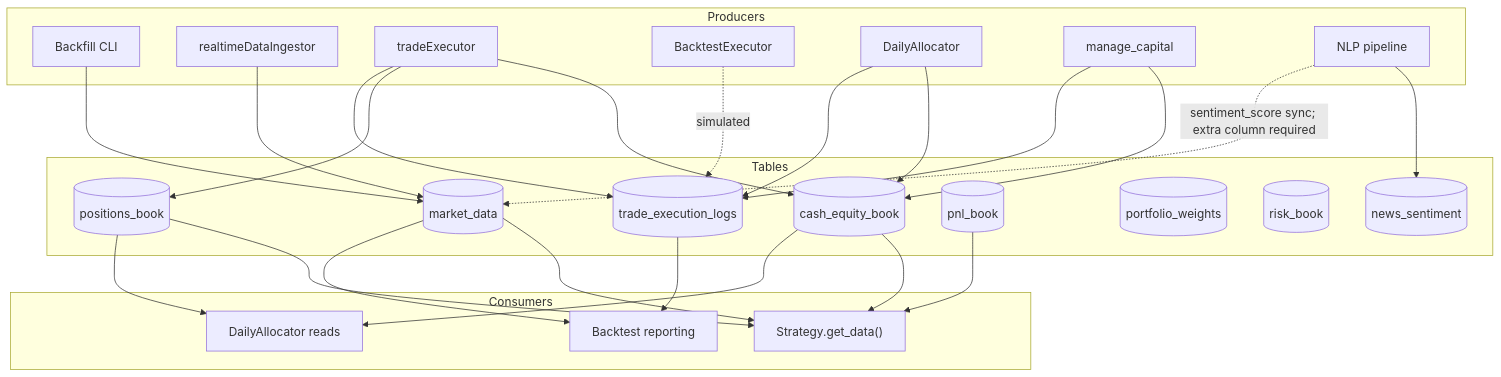
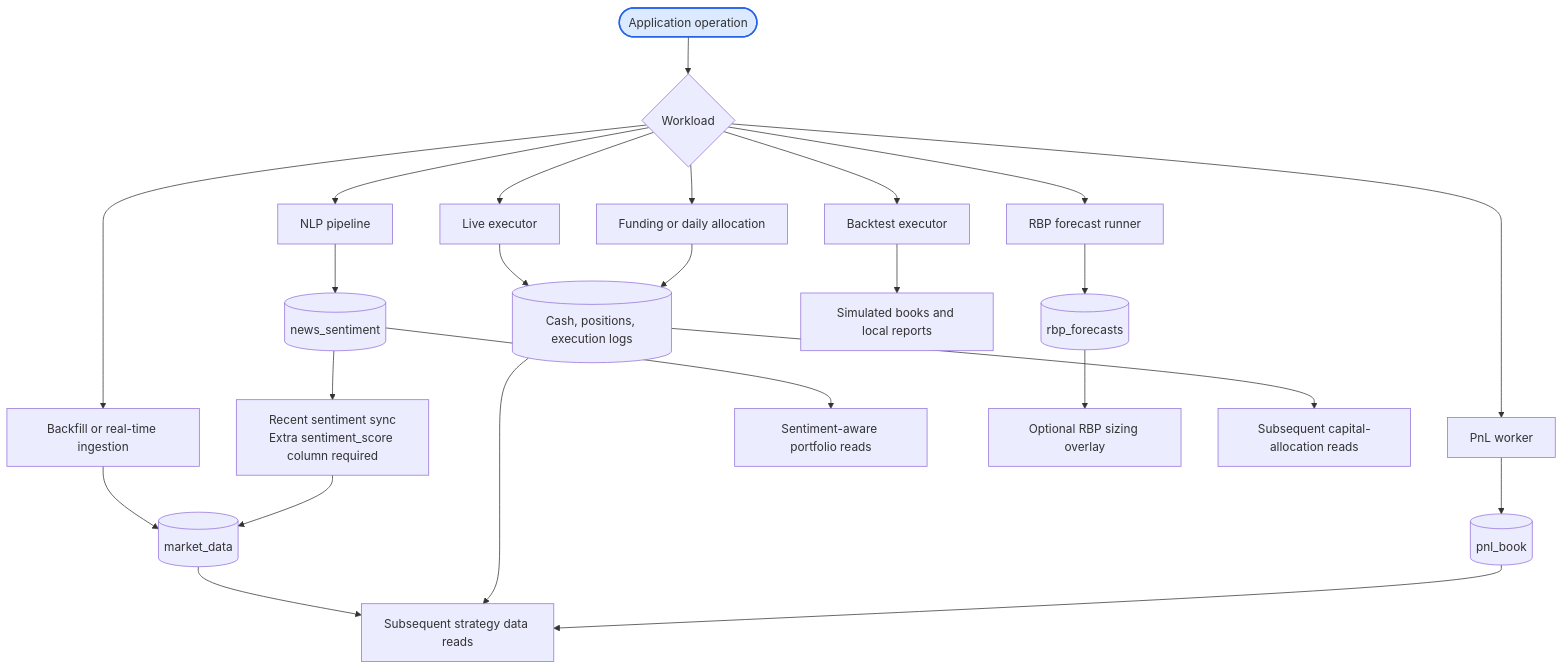
One commit to MUNQuantSociety/MQSMaster changed the second of 4 diagrams in docs/workflows/database-schema.md. Above: the diagram before and after it, drawn with Mermaid. The commit also changed other lines of this file and 12 other files, not shown here.

Commit message:
docs: make workflow diagrams top-down hierarchies

````diff
--- a/docs/workflows/database-schema.md
+++ b/docs/workflows/database-schema.md
@@ -126,55 +126,27 @@
 ```mermaid
 flowchart TD
-    subgraph Producers["Producers"]
-        BF["Backfill CLI"]
-        RTI["realtimeDataIngestor"]
-        LIVE["tradeExecutor"]
-        BTEXEC["BacktestExecutor"]
-        ALLOC["DailyAllocator"]
-        CAP["manage_capital"]
-        NLP["NLP pipeline"]
-    end
-
-    subgraph Tables["Tables"]
-        MD[(market_data)]
-        CASH[(cash_equity_book)]
-        POS[(positions_book)]
-        TLOG[(trade_execution_logs)]
-        PNL[(pnl_book)]
-        WTS[(portfolio_weights)]
-        RISK[(risk_book)]
-        NS[(news_sentiment)]
-    end
-
-    subgraph Consumers["Consumers"]
-        STRAT["Strategy.get_data()"]
-        REPORT["Backtest reporting"]
-        ALLOCR["DailyAllocator reads"]
-    end
-
-    BF --> MD
-    RTI --> MD
-    NLP --> NS
-    NLP -.->|"sentiment_score sync; extra column required"| MD
-
-    LIVE --> CASH
-    LIVE --> POS
-    LIVE --> TLOG
-    BTEXEC -. simulated .-> TLOG
-
-    ALLOC --> CASH
-    ALLOC --> TLOG
-    CAP --> CASH
-    CAP --> TLOG
-
-    MD --> STRAT
-    CASH --> STRAT
-    POS --> STRAT
+    ROOT(["Application operation"]) --> MODE{"Workload"}
+    MODE --> DATA["Backfill or real-time ingestion"]
+    DATA --> MD[("market_data")]
+    MODE --> LIVE["Live executor"]
+    LIVE --> BOOKS[("Cash, positions, execution logs")]
+    MODE --> PNLWORK["PnL worker"]
+    PNLWORK --> PNL[("pnl_book")]
+    MODE --> CAPITAL["Funding or daily allocation"]
+    CAPITAL --> BOOKS
+    MODE --> NLP["NLP pipeline"]
+    NLP --> NS[("news_sentiment")]
+    NS --> SYNC["Recent sentiment sync<br/>Extra sentiment_score column required"]
+    SYNC --> MD
+    MODE --> RBP["RBP forecast runner"]
+    RBP --> RF[("rbp_forecasts")]
+    MODE --> BT["Backtest executor"]
+    BT --> SIM["Simulated books and local reports"]
+    MD --> STRAT["Subsequent strategy data reads"]
+    BOOKS --> STRAT
     PNL --> STRAT
-
-    MD --> REPORT
-    TLOG --> REPORT
-
-    CASH --> ALLOCR
-    POS --> ALLOCR
+    NS --> SENT["Sentiment-aware portfolio reads"]
+    RF --> OVERLAY["Optional RBP sizing overlay"]
+    BOOKS --> ALLOC["Subsequent capital-allocation reads"]
+    style ROOT fill:#dbeafe,stroke:#2563eb,stroke-width:2px
 ```
````
